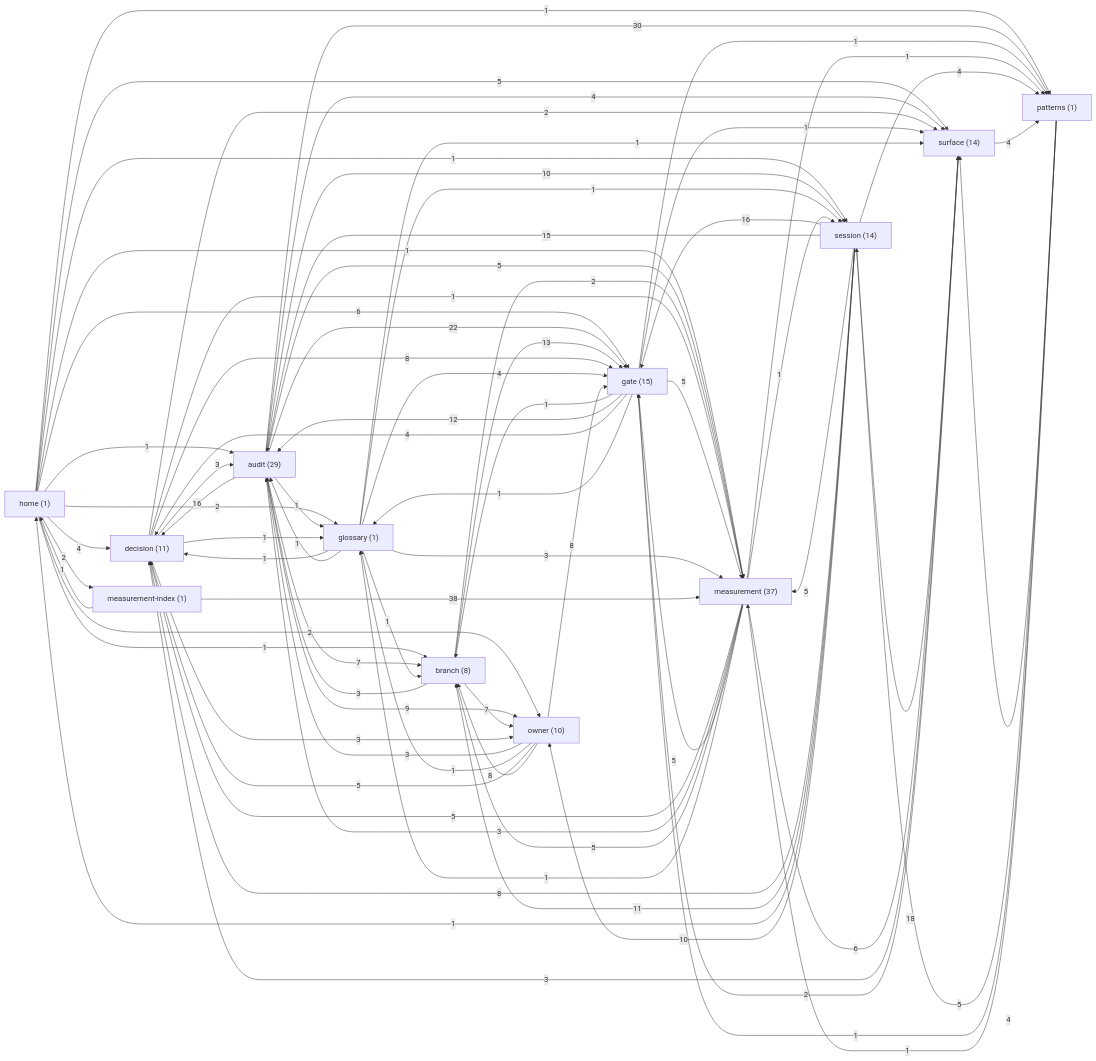
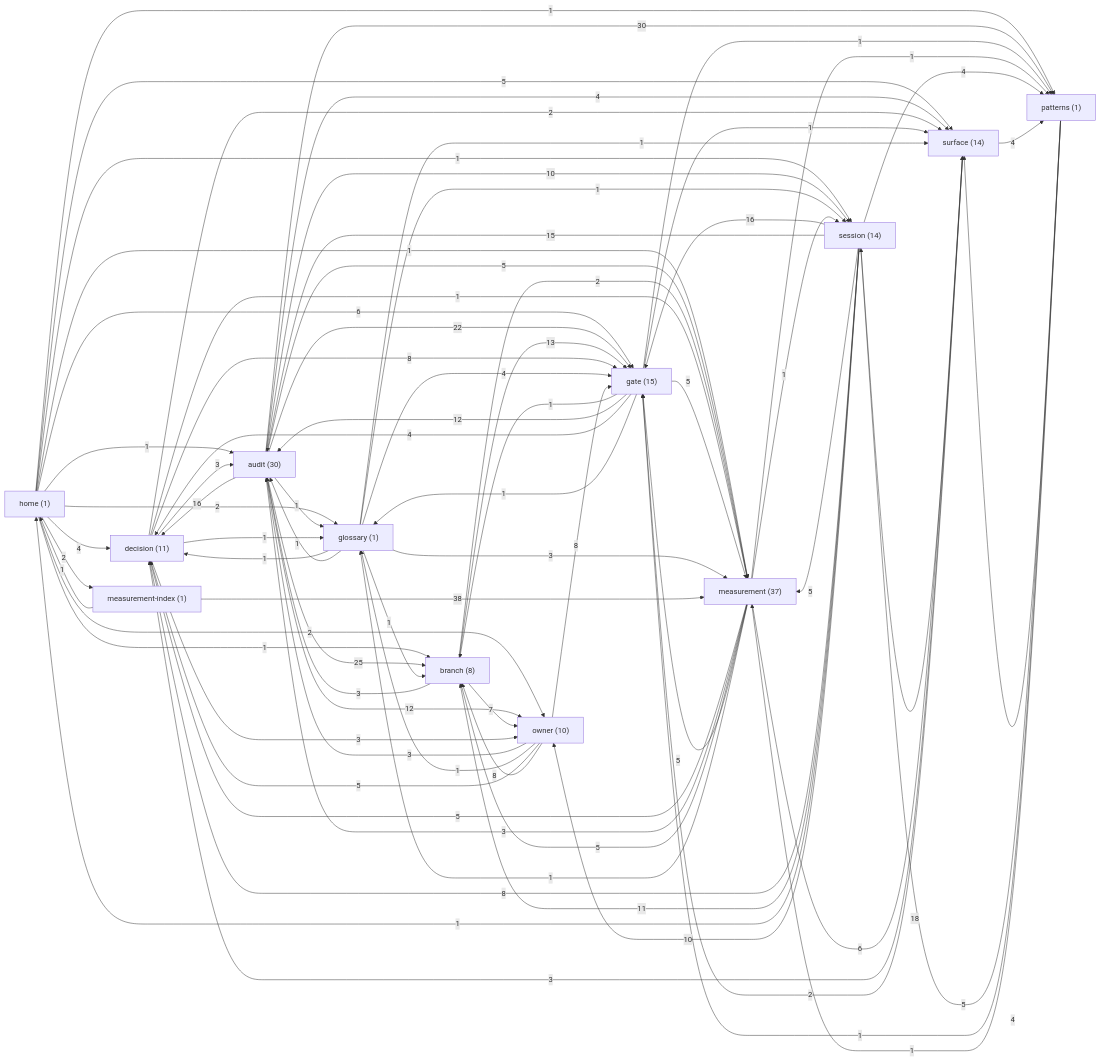
One commit to sergey9519546/STORYMACHINE changed the diagram in docs/brain/GRAPH.md. Above: the diagram before and after it, drawn with Mermaid. The commit also changed other lines of this file and 1 other file, not shown here.

First line of the commit message:
docs(brain): regenerate graph for parked-branches audit note

````diff
--- a/docs/brain/GRAPH.md
+++ b/docs/brain/GRAPH.md
@@ -9,7 +9,7 @@
 ```mermaid
 graph LR
   home["home (1)"]
-  audit["audit (29)"]
+  audit["audit (30)"]
   branch["branch (8)"]
   decision["decision (11)"]
   gate["gate (15)"]
@@ -33,11 +33,11 @@
   home -->|1| patterns
   audit -->|1| glossary
   audit -->|10| session
-  audit -->|7| branch
+  audit -->|25| branch
   audit -->|22| gate
   audit -->|16| decision
   audit -->|30| patterns
-  audit -->|9| owner
+  audit -->|12| owner
   audit -->|4| surface
   audit -->|5| measurement
   branch -->|3| audit
````
